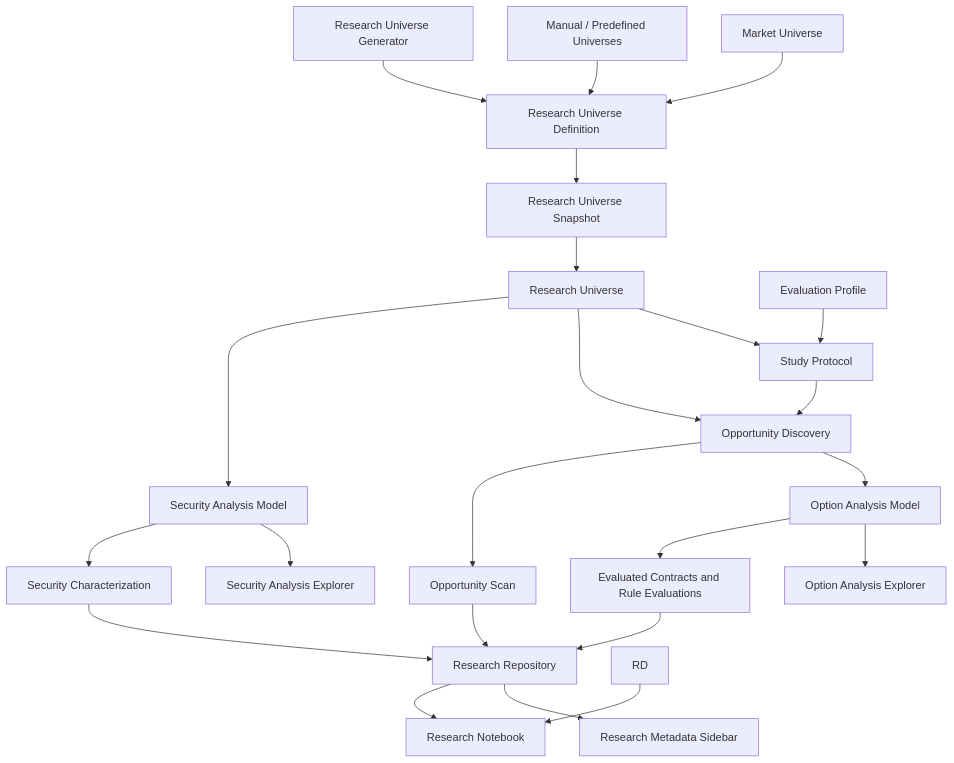
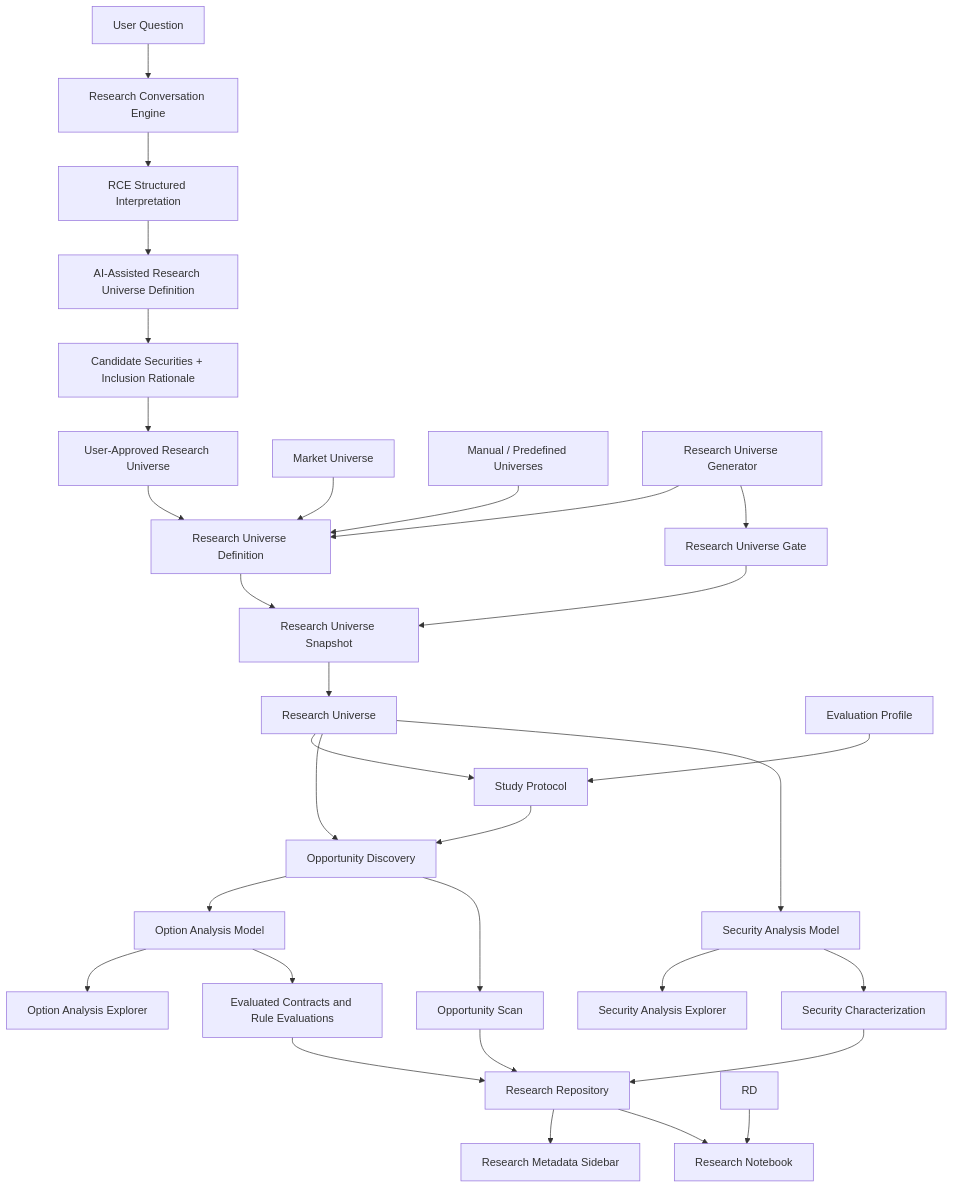
Before and after one commit to dkwatters/kip-options-scanner: the first of 2 diagrams in docs/architecture/Research_Roadmap.md, drawn with Mermaid. The commit also changed other lines of this file and 11 other files, not shown here.

First line of the commit message:
feat(workspace): redesign question-first research workspace

````diff
--- a/docs/architecture/Research_Roadmap.md
+++ b/docs/architecture/Research_Roadmap.md
@@ -123,25 +209,33 @@
 ```mermaid
 flowchart TD
+    UQ[User Question] --> RCE[Research Conversation Engine]
+    RCE --> RI[RCE Structured Interpretation]
+    RI --> AURD[AI-Assisted Research Universe Definition]
+    AURD --> CS[Candidate Securities + Inclusion Rationale]
+    CS --> UARU[User-Approved Research Universe]
     MU[Market Universe] --> RUD[Research Universe Definition]
     ML[Manual / Predefined Universes] --> RUD
     RUG[Research Universe Generator] --> RUD
+    UARU --> RUD
+    RUG --> RUGATE[Research Universe Gate]
+    RUGATE --> RUS[Research Universe Snapshot]
     RUD --> RUS[Research Universe Snapshot]
     RUS --> RU[Research Universe]
     RU --> SP[Study Protocol]
     EP[Evaluation Profile] --> SP
     SP --> OD[Opportunity Discovery]
     RU --> OD
     RU --> SAM[Security Analysis Model]
     SAM --> SAE[Security Analysis Explorer]
     OD --> OAM[Option Analysis Model]
     OAM --> OAE[Option Analysis Explorer]
     OAM --> EV[Evaluated Contracts and Rule Evaluations]
     SAM --> TC[Security Characterization]
     OD --> OS[Opportunity Scan]
     OS --> RR[Research Repository]
     EV --> RR
     TC --> RR
     RR --> RMS[Research Metadata Sidebar]
     RR --> RN[Research Notebook]
     RD --> RN
 ```
````
